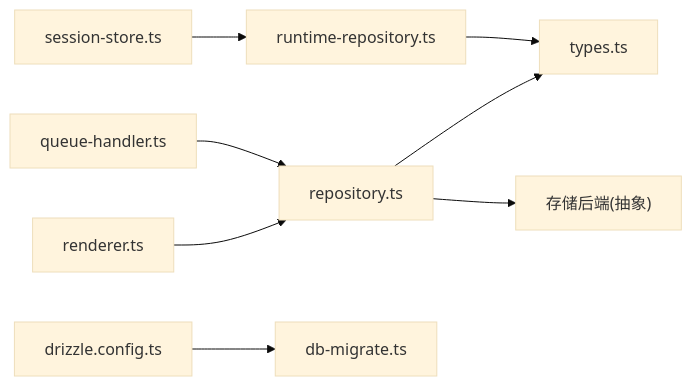
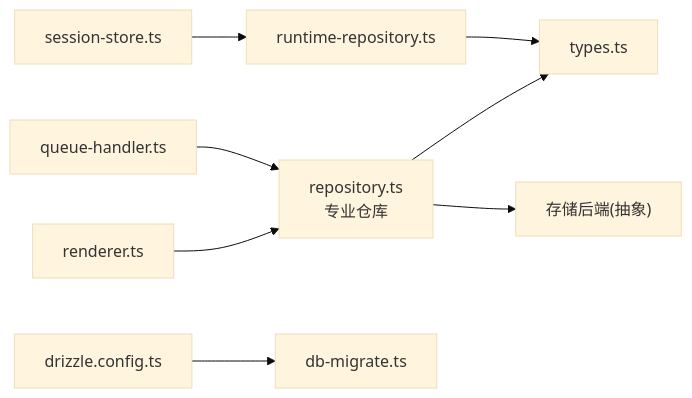
Before and after one commit to AIMFllyYS/code-video-canvas: the third of 5 diagrams in .qoder/repowiki/zh/content/核心功能模块/渲染引擎/数据持久化.md, drawn with Mermaid (base theme). The commit also changed other lines of this file and 44 other files, not shown here.

````diff
--- a/.qoder/repowiki/zh/content/核心功能模块/渲染引擎/数据持久化.md
+++ b/.qoder/repowiki/zh/content/核心功能模块/渲染引擎/数据持久化.md
@@ -245,10 +264,10 @@
 ```mermaid
 graph LR
-Renderer["renderer.ts"] --> Repo["repository.ts"]
+Renderer["renderer.ts"] --> Repo["repository.ts<br/>专业仓库"]
 Queue["queue-handler.ts"] --> Repo
 Repo --> Types["types.ts"]
 Repo --> Backend["存储后端(抽象)"]
 DirRepo["runtime-repository.ts"] --> Types
 Sess["session-store.ts"] --> DirRepo
 Drizzle["drizzle.config.ts"] --> Migrate["db-migrate.ts"]
 ```
````
